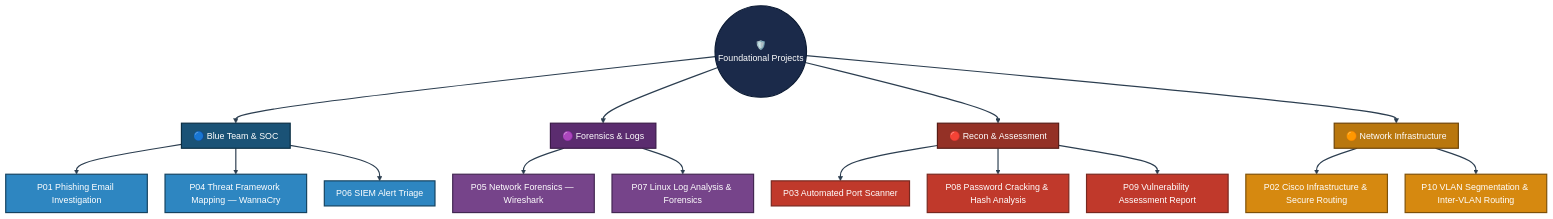
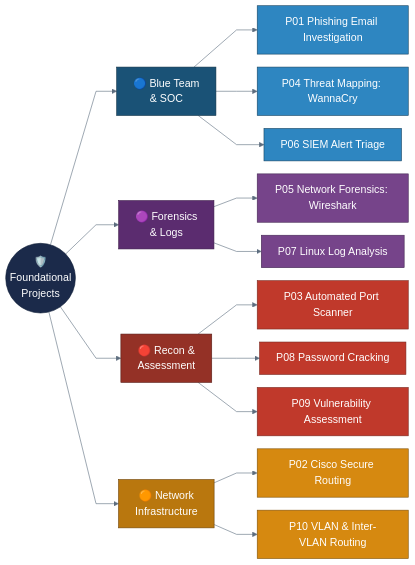
Before and after one commit to malaika-azhar/Cybersecurity-Lab-Projects: the first of 2 diagrams in 1-Foundational-Projects/README.md, drawn with Mermaid.

````diff
--- a/1-Foundational-Projects/README.md
+++ b/1-Foundational-Projects/README.md
@@ -112,28 +112,35 @@
 ```mermaid
-%%{init: {'theme': 'base', 'themeVariables': {'fontSize': '15px'}, 'flowchart': {'nodeSpacing': 30, 'rankSpacing': 44, 'padding': 10}}}%%
-flowchart TB
-    ROOT(("🛡️<br/>Foundational Projects")):::root --> BLUE["🔵 Blue Team & SOC"]:::blue
-    ROOT --> FOR["🟣 Forensics & Logs"]:::purple
-    ROOT --> OFF["🔴 Recon & Assessment"]:::red
-    ROOT --> NET["🟠 Network Infrastructure"]:::orange
+%%{init: {'theme': 'base', 'themeVariables': {'fontSize': '18px'}, 'flowchart': {'nodeSpacing': 22, 'rankSpacing': 70, 'padding': 14, 'useMaxWidth': true, 'curve': 'linear'}}}%%
+flowchart LR
+    ROOT(("🛡️<br/>Foundational<br/>Projects")):::root
+
+    ROOT --> BLUE["🔵 Blue Team<br/>& SOC"]:::blue
+    ROOT --> FOR["🟣 Forensics<br/>& Logs"]:::purple
+    ROOT --> OFF["🔴 Recon &<br/>Assessment"]:::red
+    ROOT --> NET["🟠 Network<br/>Infrastructure"]:::orange
+
     BLUE --> B1["P01 Phishing Email Investigation"]:::leafBlue
-    BLUE --> B2["P04 Threat Framework Mapping — WannaCry"]:::leafBlue
+    BLUE --> B2["P04 Threat Mapping: WannaCry"]:::leafBlue
     BLUE --> B3["P06 SIEM Alert Triage"]:::leafBlue
-    FOR --> F1["P05 Network Forensics — Wireshark"]:::leafPurple
-    FOR --> F2["P07 Linux Log Analysis & Forensics"]:::leafPurple
+
+    FOR --> F1["P05 Network Forensics: Wireshark"]:::leafPurple
+    FOR --> F2["P07 Linux Log Analysis"]:::leafPurple
+
     OFF --> O1["P03 Automated Port Scanner"]:::leafRed
-    OFF --> O2["P08 Password Cracking & Hash Analysis"]:::leafRed
-    OFF --> O3["P09 Vulnerability Assessment Report"]:::leafRed
-    NET --> N1["P02 Cisco Infrastructure & Secure Routing"]:::leafOrange
-    NET --> N2["P10 VLAN Segmentation & Inter-VLAN Routing"]:::leafOrange
-    classDef root fill:#1B2A4A,stroke:#0B1A33,stroke-width:2px,color:#FFFFFF
-    classDef blue fill:#1A5276,stroke:#0B2E43,stroke-width:2px,color:#FFFFFF
-    classDef purple fill:#5B2C6F,stroke:#3B1A48,stroke-width:2px,color:#FFFFFF
-    classDef red fill:#943126,stroke:#571C16,stroke-width:2px,color:#FFFFFF
-    classDef orange fill:#B9770E,stroke:#6E4409,stroke-width:2px,color:#FFFFFF
-    classDef leafBlue fill:#2E86C1,stroke:#154360,stroke-width:2px,color:#FFFFFF
-    classDef leafPurple fill:#76448A,stroke:#432752,stroke-width:2px,color:#FFFFFF
-    classDef leafRed fill:#C0392B,stroke:#78281F,stroke-width:2px,color:#FFFFFF
-    classDef leafOrange fill:#D68910,stroke:#7E5109,stroke-width:2px,color:#FFFFFF
-    linkStyle default stroke:#2C3E50,stroke-width:2px
+    OFF --> O2["P08 Password Cracking"]:::leafRed
+    OFF --> O3["P09 Vulnerability Assessment"]:::leafRed
+
+    NET --> N1["P02 Cisco Secure Routing"]:::leafOrange
+    NET --> N2["P10 VLAN & Inter-VLAN Routing"]:::leafOrange
+
+    classDef root fill:#1B2A4A,stroke:#0B1A33,stroke-width:1px,color:#FFFFFF
+    classDef blue fill:#1A5276,stroke:#0B2E43,stroke-width:1px,color:#FFFFFF
+    classDef purple fill:#5B2C6F,stroke:#3B1A48,stroke-width:1px,color:#FFFFFF
+    classDef red fill:#943126,stroke:#571C16,stroke-width:1px,color:#FFFFFF
+    classDef orange fill:#B9770E,stroke:#6E4409,stroke-width:1px,color:#FFFFFF
+    classDef leafBlue fill:#2E86C1,stroke:#154360,stroke-width:1px,color:#FFFFFF
+    classDef leafPurple fill:#76448A,stroke:#432752,stroke-width:1px,color:#FFFFFF
+    classDef leafRed fill:#C0392B,stroke:#78281F,stroke-width:1px,color:#FFFFFF
+    classDef leafOrange fill:#D68910,stroke:#7E5109,stroke-width:1px,color:#FFFFFF
+    linkStyle default stroke:#5D6D7E,stroke-width:1px,fill:none
 ```
````
